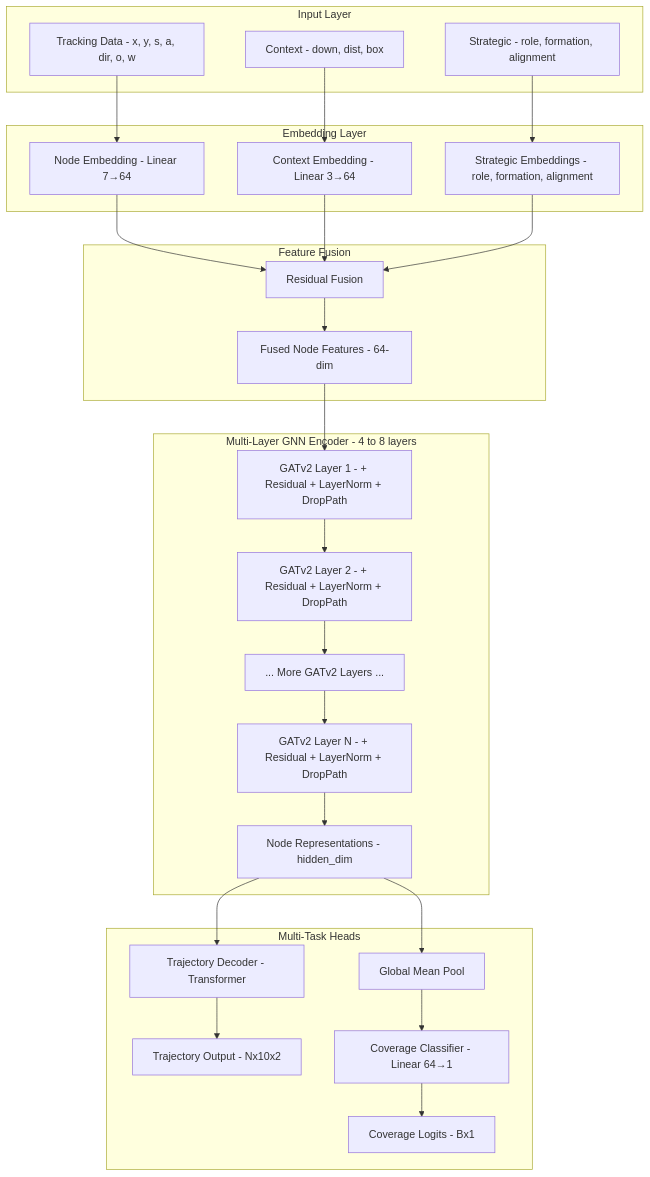
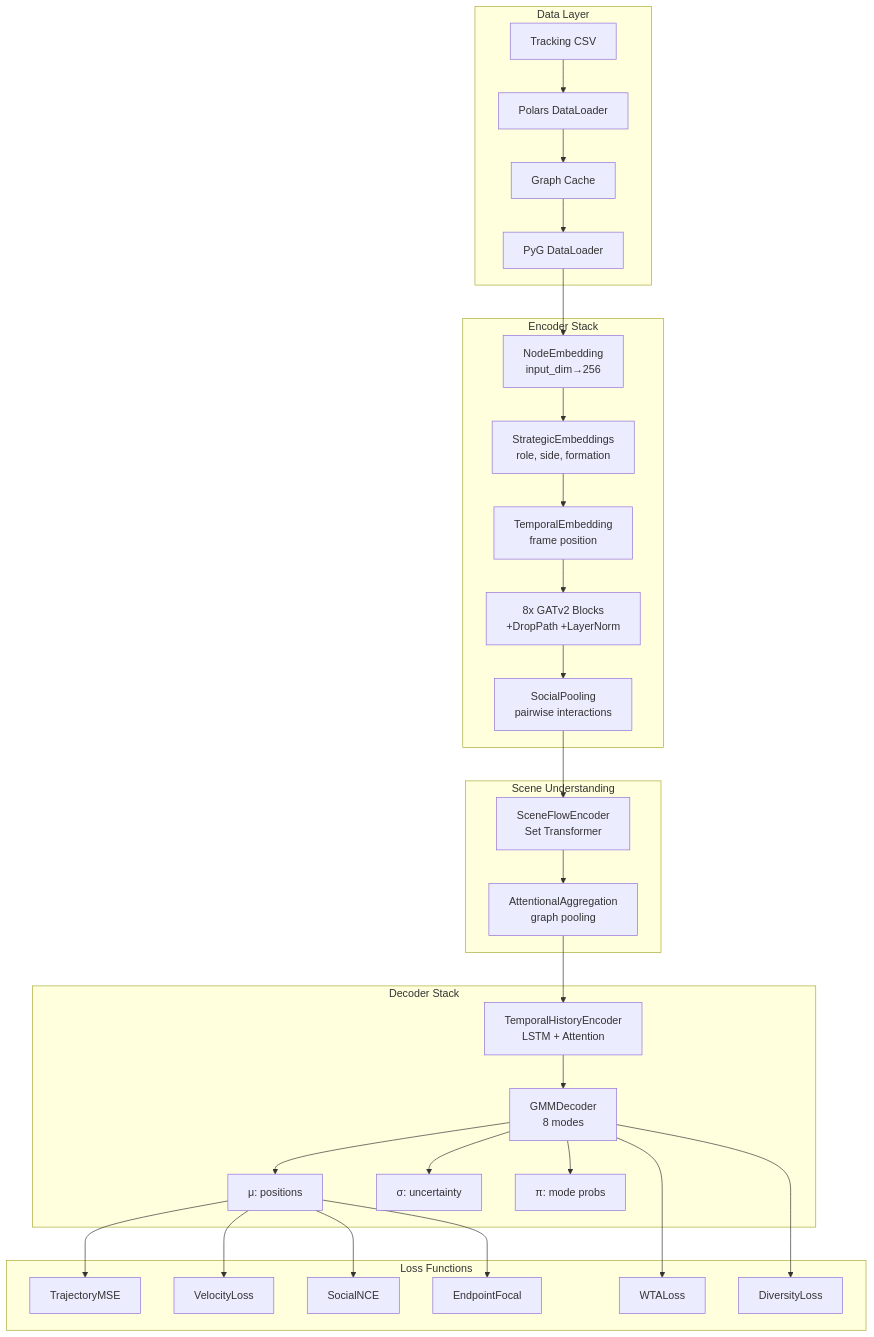
One commit to tanm-sys/NFL changed the diagram in docs/architecture.md. Above: the diagram before and after it, drawn with Mermaid. The commit also changed other lines of this file and 9 other files, not shown here.

````diff
--- a/docs/architecture.md
+++ b/docs/architecture.md
@@ -38,38 +7,38 @@
 ```mermaid
 graph TB
-    subgraph Input_Layer[Input Layer]
-        Track[Tracking Data - x, y, s, a, dir, o, w]
-        Context[Context - down, dist, box]
-        Strategy[Strategic - role, formation, alignment]
+    subgraph "Data Layer"
+        A[Tracking CSV] --> B[Polars DataLoader]
+        B --> C[Graph Cache]
+        C --> D[PyG DataLoader]
     end
     
-    subgraph Embedding_Layer[Embedding Layer]
-        Track --> NodeEmb[Node Embedding - Linear 7→64]
-        Context --> CtxEmb[Context Embedding - Linear 3→64]
-        Strategy --> StratEmb[Strategic Embeddings - role, formation, alignment]
+    subgraph "Encoder Stack"
+        D --> E[NodeEmbedding<br/>input_dim→256]
+        E --> F[StrategicEmbeddings<br/>role, side, formation]
+        F --> G[TemporalEmbedding<br/>frame position]
+        G --> H[8x GATv2 Blocks<br/>+DropPath +LayerNorm]
+        H --> I[SocialPooling<br/>pairwise interactions]
     end
     
-    subgraph Fusion[Feature Fusion]
-        NodeEmb --> Fuse[Residual Fusion]
-        CtxEmb --> Fuse
-        StratEmb --> Fuse
-        Fuse --> FusedNode[Fused Node Features - 64-dim]
+    subgraph "Scene Understanding"
+        I --> J[SceneFlowEncoder<br/>Set Transformer]
+        J --> K[AttentionalAggregation<br/>graph pooling]
     end
     
-    subgraph GNN[Multi-Layer GNN Encoder - 4 to 8 layers]
-        FusedNode --> GAT1[GATv2 Layer 1 - + Residual + LayerNorm + DropPath]
-        GAT1 --> GAT2[GATv2 Layer 2 - + Residual + LayerNorm + DropPath]
-        GAT2 --> GATN[... More GATv2 Layers ...]
-        GATN --> GATF[GATv2 Layer N - + Residual + LayerNorm + DropPath]
-        GATF --> NodeRep[Node Representations - hidden_dim]
+    subgraph "Decoder Stack"
+        K --> L[TemporalHistoryEncoder<br/>LSTM + Attention]
+        L --> M[GMMDecoder<br/>8 modes]
+        M --> N1[μ: positions]
+        M --> N2[σ: uncertainty]
+        M --> N3[π: mode probs]
     end
     
-    subgraph Decoder[Multi-Task Heads]
-        NodeRep --> TrajDec[Trajectory Decoder - Transformer]
-        TrajDec --> TrajOut[Trajectory Output - Nx10x2]
-        
-        NodeRep --> Pool[Global Mean Pool]
-        Pool --> CovHead[Coverage Classifier - Linear 64→1]
-        CovHead --> CovOut[Coverage Logits - Bx1]
+    subgraph "Loss Functions"
+        N1 --> L1[TrajectoryMSE]
+        N1 --> L2[VelocityLoss]
+        N1 --> L3[SocialNCE]
+        M --> L4[WTALoss]
+        M --> L5[DiversityLoss]
+        N1 --> L6[EndpointFocal]
     end
 ```
````
